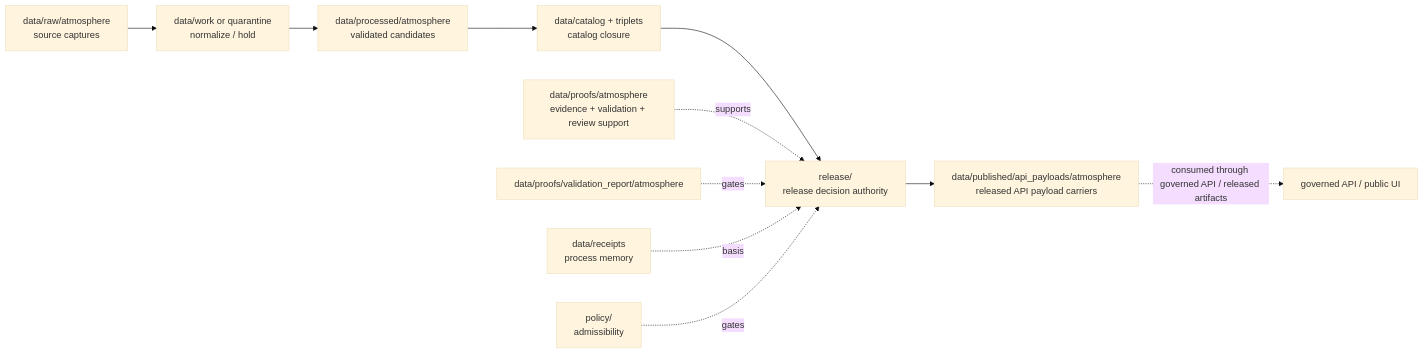
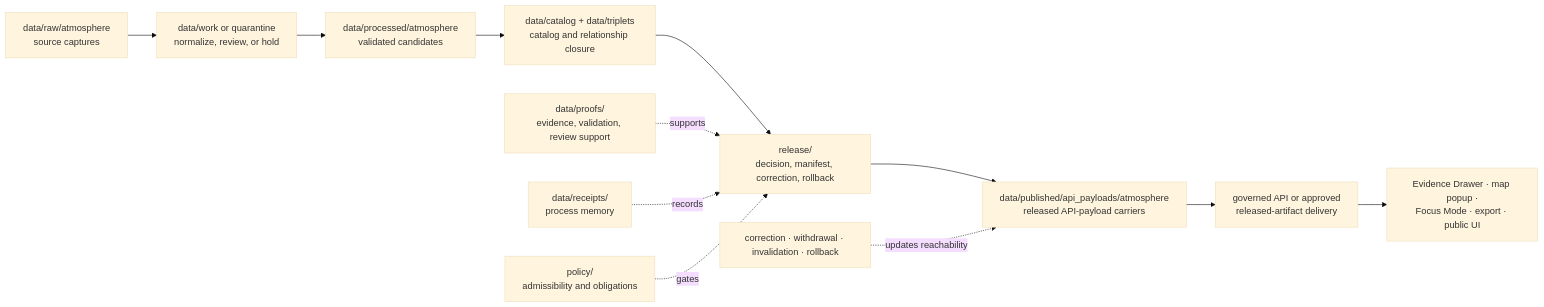
The diagram in data/published/api_payloads/atmosphere/README.md (bartytime4life/Kansas-Frontier-Matrix), drawn with Mermaid (base theme) before and after one commit. The commit also changed other lines of this file, not shown here.

Commit message:
docs: modernize Atmosphere API payload README

````diff
--- a/data/published/api_payloads/atmosphere/README.md
+++ b/data/published/api_payloads/atmosphere/README.md
@@ -250,15 +456,15 @@
 ```mermaid
 flowchart LR
-  RAW["data/raw/atmosphere<br/>source captures"] --> WORK["data/work or quarantine<br/>normalize / hold"]
-  WORK --> PROC["data/processed/atmosphere<br/>validated candidates"]
-  PROC --> CAT["data/catalog + triplets<br/>catalog closure"]
-  CAT --> REL["release/<br/>release decision authority"]
-  REL --> PUB["data/published/api_payloads/atmosphere<br/>released API payload carriers"]
+    RAW["data/raw/atmosphere<br/>source captures"] --> WQ["data/work or quarantine<br/>normalize, review, or hold"]
+    WQ --> PROC["data/processed/atmosphere<br/>validated candidates"]
+    PROC --> CAT["data/catalog + data/triplets<br/>catalog and relationship closure"]
+    CAT --> REL["release/<br/>decision, manifest, correction, rollback"]
+    REL --> PUB["data/published/api_payloads/atmosphere<br/>released API-payload carriers"]
+    PUB --> API["governed API or approved<br/>released-artifact delivery"]
+    API --> UI["Evidence Drawer · map popup ·<br/>Focus Mode · export · public UI"]
 
-  PROOF["data/proofs/atmosphere<br/>evidence + validation + review support"] -. supports .-> REL
-  VR["data/proofs/validation_report/atmosphere"] -. gates .-> REL
-  REC["data/receipts<br/>process memory"] -. basis .-> REL
-  POLICY["policy/<br/>admissibility"] -. gates .-> REL
-
-  PUB -. "consumed through governed API / released artifacts" .-> API["governed API / public UI"]
+    PROOF["data/proofs/<br/>evidence, validation, review support"] -. supports .-> REL
+    RECEIPT["data/receipts/<br/>process memory"] -. records .-> REL
+    POLICY["policy/<br/>admissibility and obligations"] -. gates .-> REL
+    CORR["correction · withdrawal · invalidation · rollback"] -. updates reachability .-> PUB
 ```
````
